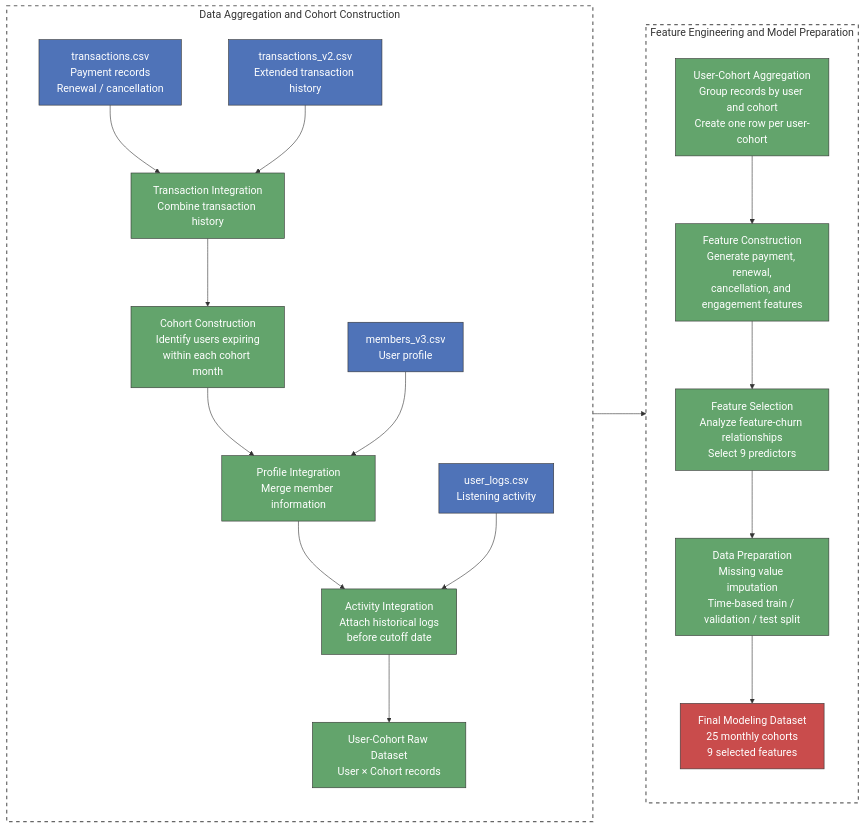
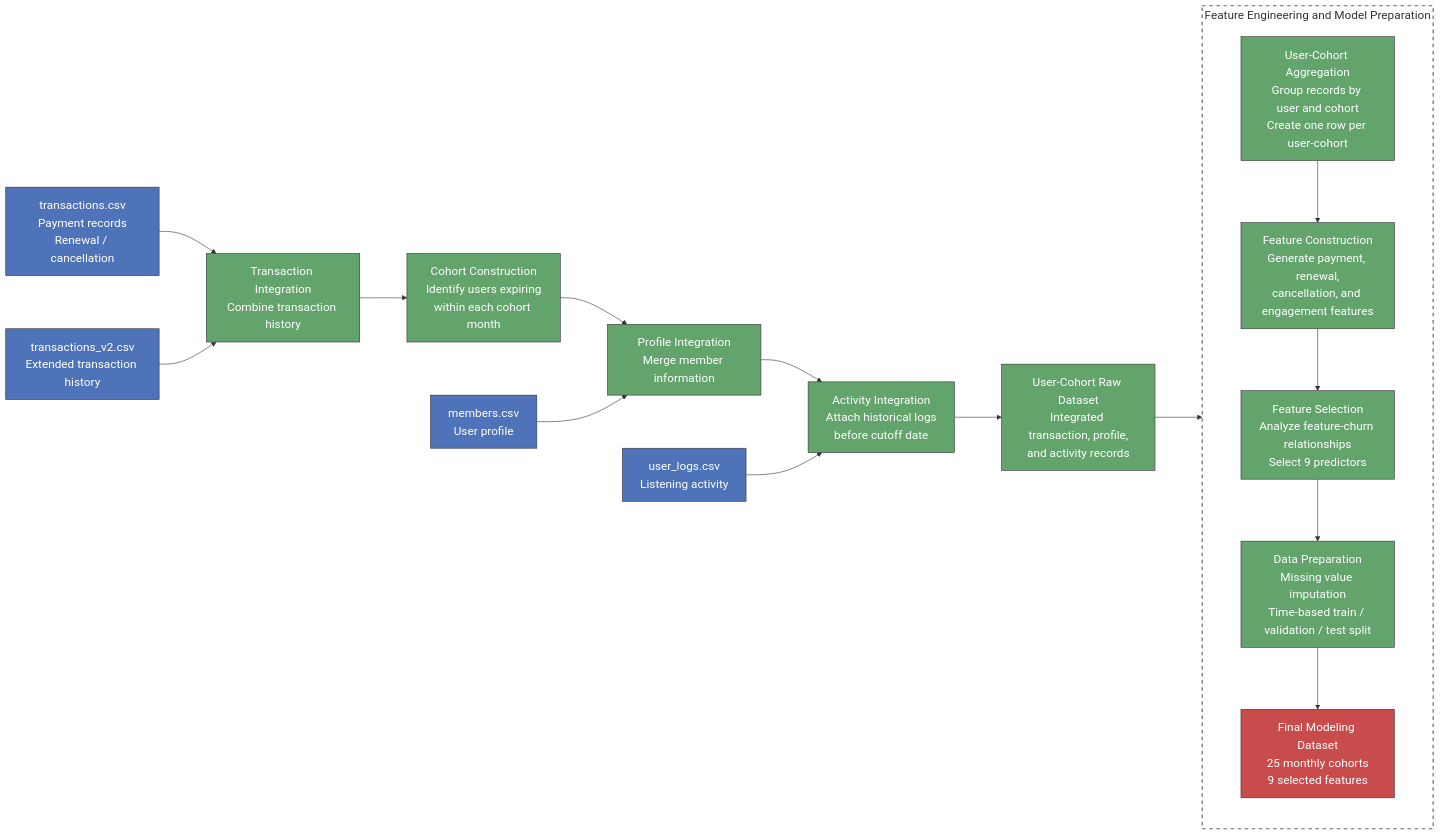
One commit to linxinliu241/kkbox-churn-project changed the second of 2 diagrams in README.md. Above: the diagram before and after it, drawn with Mermaid.

````diff
--- a/README.md
+++ b/README.md
@@ -203,33 +203,36 @@
 ```mermaid
 %%{init: {
   "flowchart": {
-    "nodeSpacing": 80,
-    "rankSpacing": 90,
+    "nodeSpacing": 90,
+    "rankSpacing": 80,
     "curve": "basis"
   },
   "themeVariables": {
-    "fontSize": "18px"
+    "fontSize": "20px"
   }
 }}%%
+
 
 flowchart LR
 
 
 %% =========================
-%% Stage 1
+%% Raw Data Sources
 %% =========================
-
-subgraph DATA["Data Aggregation and Cohort Construction"]
-direction TB
 
 A["transactions.csv<br/>Payment records<br/>Renewal / cancellation"]
 
 B["transactions_v2.csv<br/>Extended transaction history"]
 
-C["members_v3.csv<br/>User profile"]
+C["members.csv<br/>User profile"]
 
 D["user_logs.csv<br/>Listening activity"]
 
+
+
+%% =========================
+%% Data Aggregation Stage
+%% =========================
 
 E["Transaction Integration<br/>Combine transaction history"]
 
@@ -239,31 +242,16 @@
 
 H["Activity Integration<br/>Attach historical logs<br/>before cutoff date"]
 
-I["User-Cohort Raw Dataset<br/>User × Cohort records"]
-
-
-A --> E
-B --> E
-
-E --> F
-
-F --> G
-C --> G
-
-G --> H
-D --> H
-
-H --> I
-
-end
+I["User-Cohort Raw Dataset<br/>Integrated transaction, profile,<br/>and activity records"]
 
 
 
 %% =========================
-%% Stage 2
+%% Feature Stage
 %% =========================
 
 subgraph FEATURE["Feature Engineering and Model Preparation"]
+
 direction TB
 
 J["User-Cohort Aggregation<br/>Group records by user and cohort<br/>Create one row per user-cohort"]
@@ -287,8 +275,21 @@
 
 
 %% =========================
-%% Main Flow
+%% Connections
 %% =========================
+
+A --> E
+B --> E
+
+E --> F
+
+F --> G
+C --> G
+
+G --> H
+D --> H
+
+H --> I
 
 I --> J
 
@@ -298,17 +299,20 @@
 %% Styling
 %% =========================
 
-classDef raw fill:#4F73B8,color:white,stroke:#333,font-size:18px;
-classDef process fill:#63A46C,color:white,stroke:#333,font-size:18px;
-classDef final fill:#C94C4C,color:white,stroke:#333,font-size:18px;
+classDef raw fill:#4F73B8,color:white,stroke:#333,font-size:20px;
+
+classDef process fill:#63A46C,color:white,stroke:#333,font-size:20px;
+
+classDef final fill:#C94C4C,color:white,stroke:#333,font-size:20px;
 
 
 class A,B,C,D raw;
+
 class E,F,G,H,I,J,K,L,M process;
+
 class N final;
 
 
-style DATA fill:none,stroke:#666,stroke-width:2px,stroke-dasharray:6 6
 style FEATURE fill:none,stroke:#666,stroke-width:2px,stroke-dasharray:6 6
 
 ```
````
